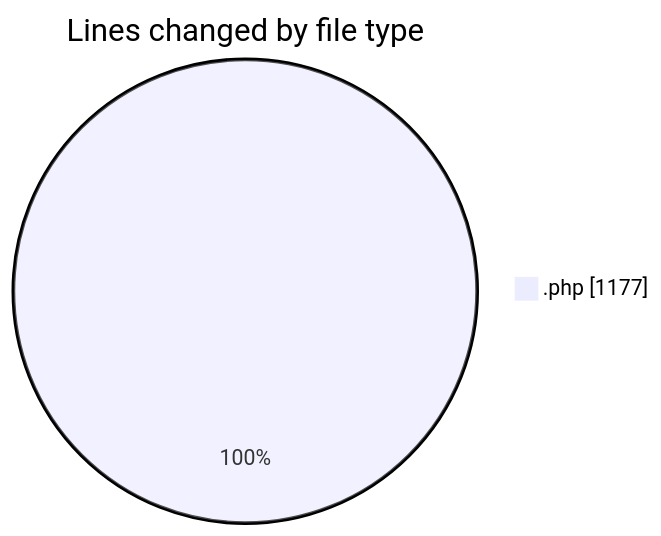
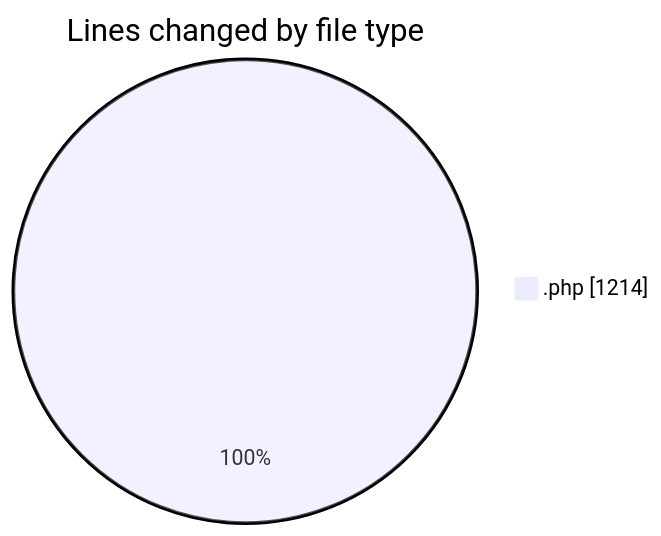
Before and after one commit to debugP/code-tracking: the first of 2 diagrams in 2025-10-14/untitled__workspace_/README.md, drawn with Mermaid. The commit also changed other lines of this file and 1 other file, not shown here.

````diff
--- a/2025-10-14/untitled__workspace_/README.md
+++ b/2025-10-14/untitled__workspace_/README.md
@@ -20,5 +20,5 @@
 ```mermaid
 pie showData
 title Lines changed by file type
-".php" : 1177
+".php" : 1214
 ```
````
